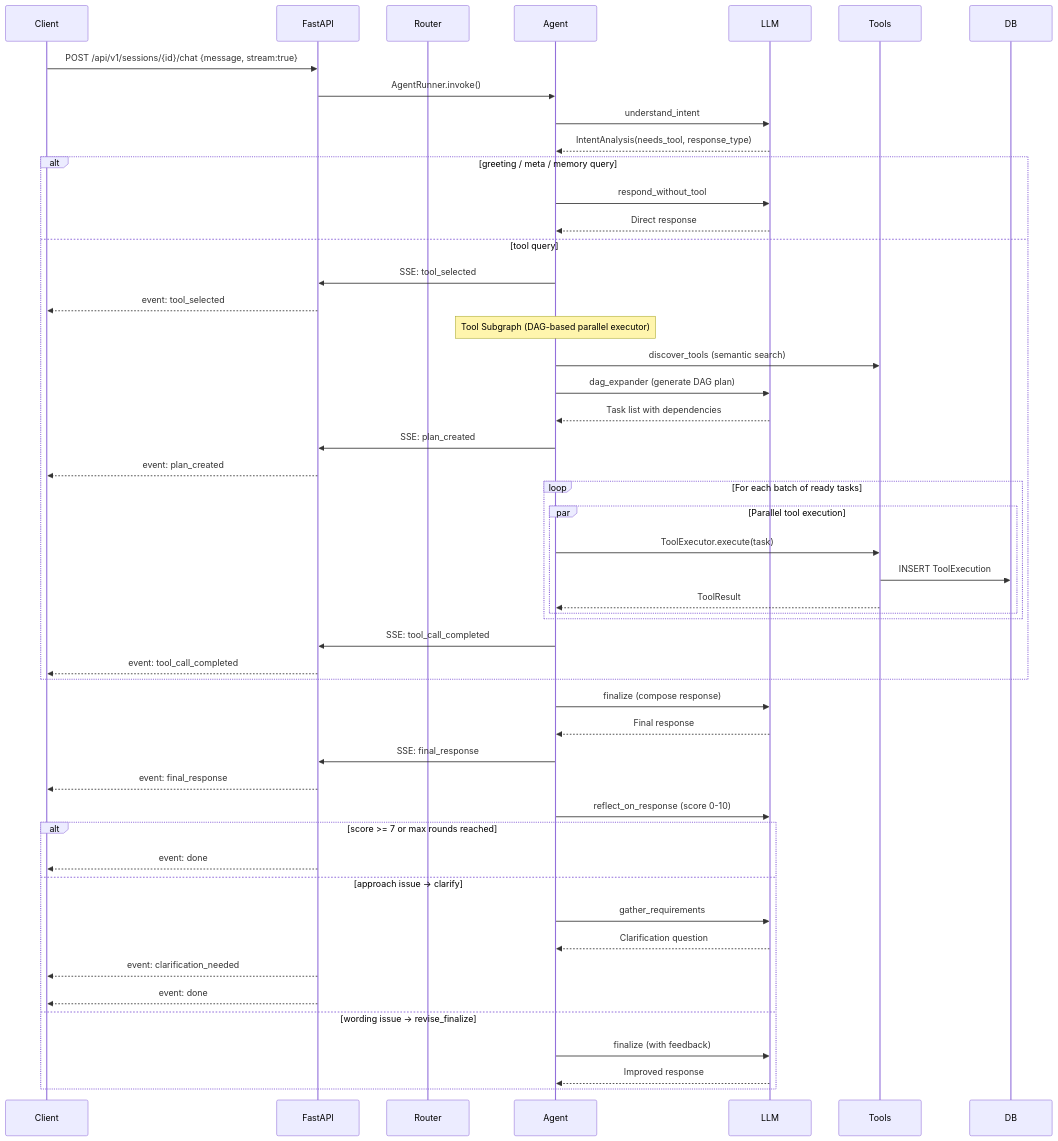
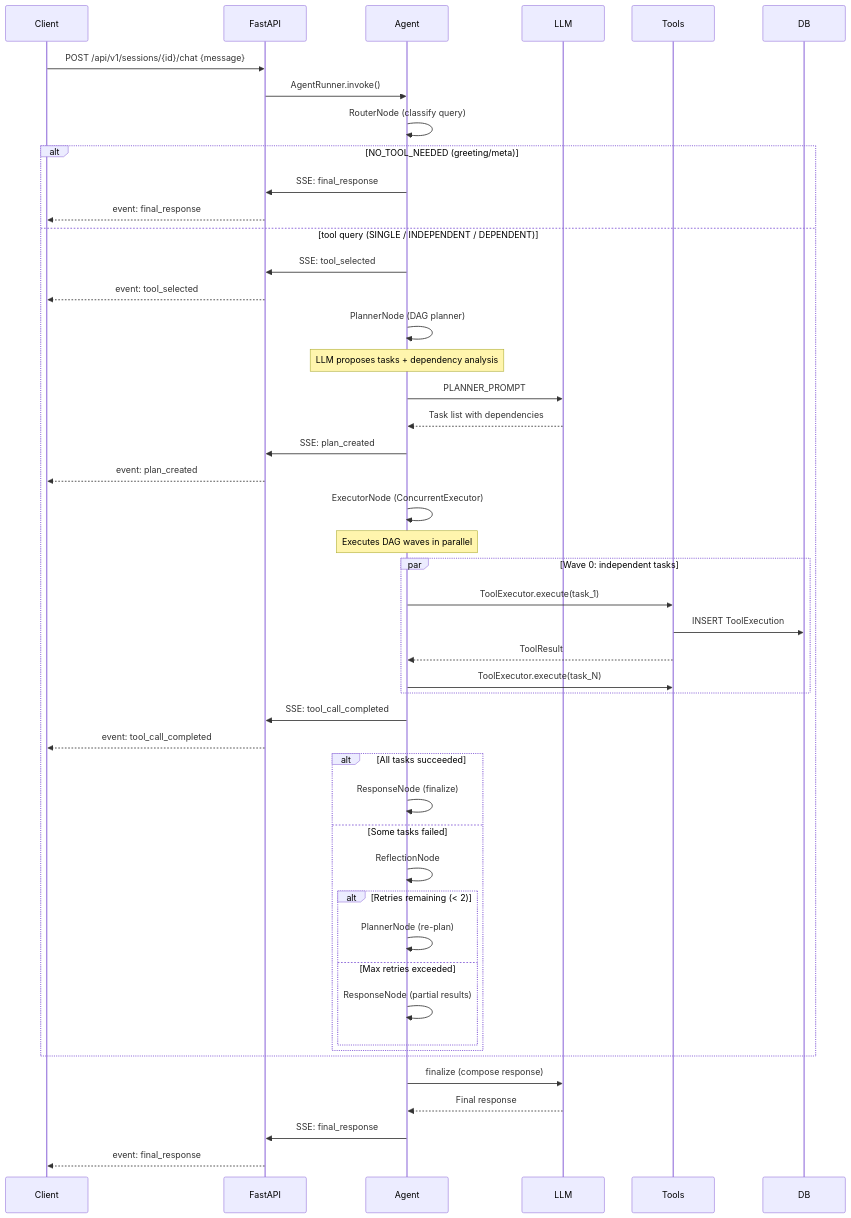
One commit to Muhammad-Husnain07/Nexus-Agent changed the second of 6 diagrams in nexus-agent/docs/architecture.md. Above: the diagram before and after it, drawn with Mermaid. The commit also changed other lines of this file and 3 other files, not shown here.

Commit message:
docs: update all md files to reflect 5-node production graph architecture

````diff
--- a/nexus-agent/docs/architecture.md
+++ b/nexus-agent/docs/architecture.md
@@ -51,53 +49,50 @@
 ```mermaid
 sequenceDiagram
     participant Client
     participant FastAPI
-    participant Router
     participant Agent
     participant LLM
     participant Tools
     participant DB
 
-    Client->>FastAPI: POST /api/v1/sessions/{id}/chat {message, stream:true}
+    Client->>FastAPI: POST /api/v1/sessions/{id}/chat {message}
     FastAPI->>Agent: AgentRunner.invoke()
-    Agent->>LLM: understand_intent
-    LLM-->>Agent: IntentAnalysis(needs_tool, response_type)
-    alt greeting / meta / memory query
-        Agent->>LLM: respond_without_tool
-        LLM-->>Agent: Direct response
-    else tool query
+    Agent->>Agent: RouterNode (classify query)
+    alt NO_TOOL_NEEDED (greeting/meta)
+        Agent->>FastAPI: SSE: final_response
+        FastAPI-->>Client: event: final_response
+    else tool query (SINGLE / INDEPENDENT / DEPENDENT)
         Agent->>FastAPI: SSE: tool_selected
         FastAPI-->>Client: event: tool_selected
-        Note over Agent: Tool Subgraph (DAG-based parallel executor)
-        Agent->>Tools: discover_tools (semantic search)
-        Agent->>LLM: dag_expander (generate DAG plan)
+        Agent->>Agent: PlannerNode (DAG planner)
+        Note over Agent: LLM proposes tasks + dependency analysis
+        Agent->>LLM: PLANNER_PROMPT
         LLM-->>Agent: Task list with dependencies
         Agent->>FastAPI: SSE: plan_created
         FastAPI-->>Client: event: plan_created
-        loop For each batch of ready tasks
-            par Parallel tool execution
-                Agent->>Tools: ToolExecutor.execute(task)
-                Tools->>DB: INSERT ToolExecution
-                Tools-->>Agent: ToolResult
-            end
+        Agent->>Agent: ExecutorNode (ConcurrentExecutor)
+        Note over Agent: Executes DAG waves in parallel
+        par Wave 0: independent tasks
+            Agent->>Tools: ToolExecutor.execute(task_1)
+            Tools->>DB: INSERT ToolExecution
+            Tools-->>Agent: ToolResult
+            Agent->>Tools: ToolExecutor.execute(task_N)
         end
         Agent->>FastAPI: SSE: tool_call_completed
         FastAPI-->>Client: event: tool_call_completed
+        alt All tasks succeeded
+            Agent->>Agent: ResponseNode (finalize)
+        else Some tasks failed
+            Agent->>Agent: ReflectionNode
+            alt Retries remaining (< 2)
+                Agent->>Agent: PlannerNode (re-plan)
+            else Max retries exceeded
+                Agent->>Agent: ResponseNode (partial results)
+            end
+        end
     end
     Agent->>LLM: finalize (compose response)
     LLM-->>Agent: Final response
     Agent->>FastAPI: SSE: final_response
     FastAPI-->>Client: event: final_response
-    Agent->>LLM: reflect_on_response (score 0-10)
-    alt score >= 7 or max rounds reached
-        FastAPI-->>Client: event: done
-    else approach issue → clarify
-        Agent->>LLM: gather_requirements
-        LLM-->>Agent: Clarification question
-        FastAPI-->>Client: event: clarification_needed
-        FastAPI-->>Client: event: done
-    else wording issue → revise_finalize
-        Agent->>LLM: finalize (with feedback)
-        LLM-->>Agent: Improved response
-    end
 ```
````
